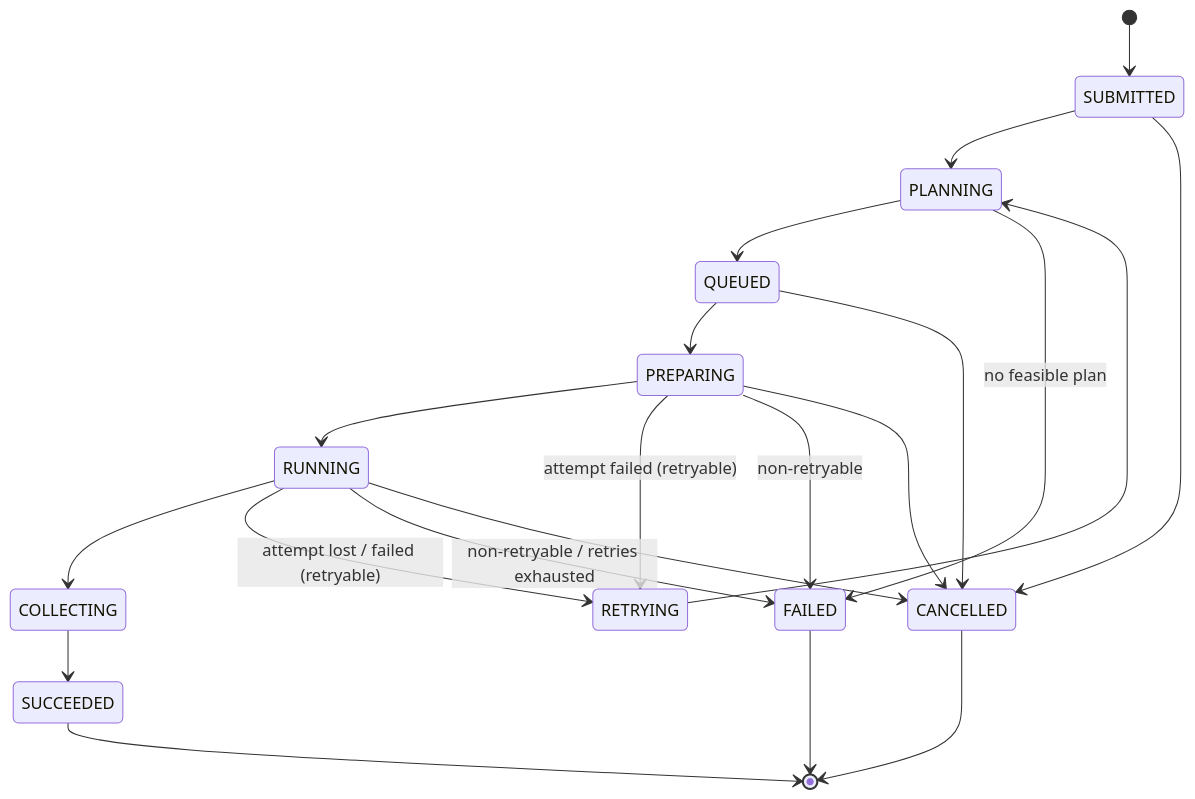
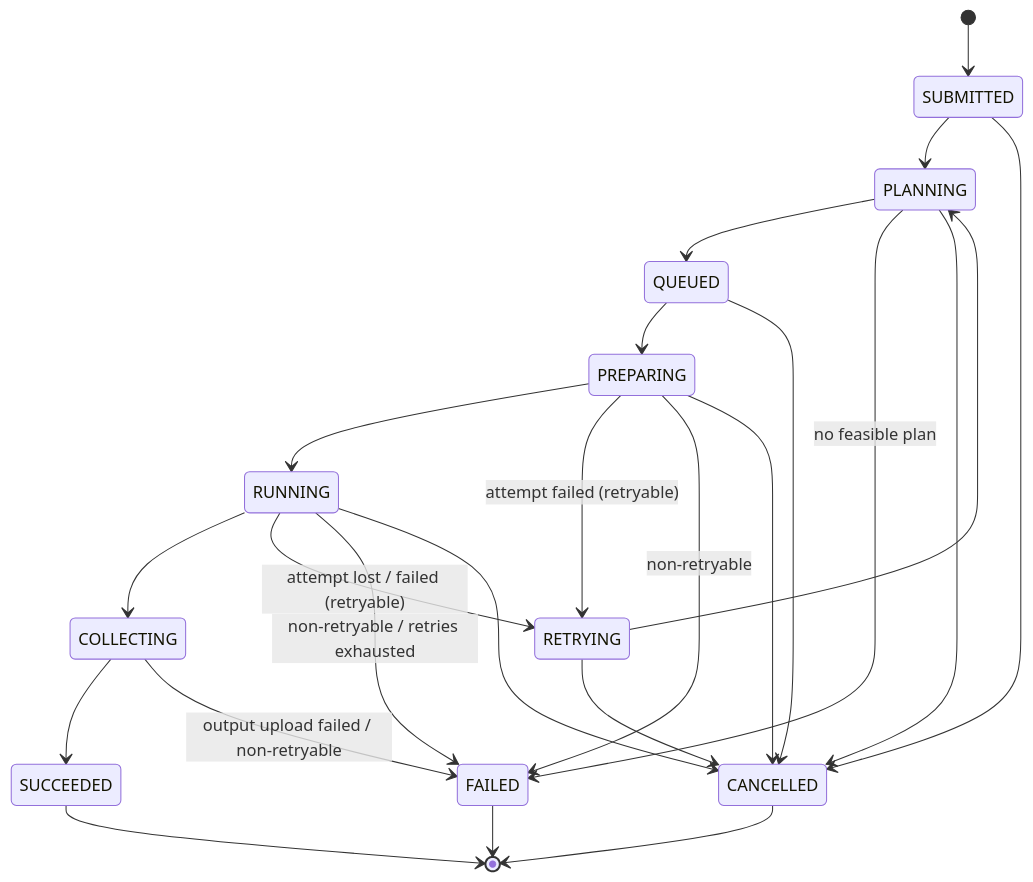
Diagram 11 of 17 in docs/ARCHITECTURE.md (tony19053000/finalyear), drawn with Mermaid before and after one commit. The commit also changed other lines of this file and 1 other file, not shown here.

Commit message:
docs(V0.4): D55-D60 after G1-G3 handoffs; ARCHITECTURE §12.1 cancel/collect arrows

````diff
--- a/docs/ARCHITECTURE.md
+++ b/docs/ARCHITECTURE.md
@@ -431,23 +431,26 @@
 ```mermaid
 stateDiagram-v2
     [*] --> SUBMITTED
     SUBMITTED --> PLANNING
     PLANNING --> QUEUED
     PLANNING --> FAILED: no feasible plan
     QUEUED --> PREPARING
     PREPARING --> RUNNING
     RUNNING --> COLLECTING
     COLLECTING --> SUCCEEDED
+    COLLECTING --> FAILED: output upload failed / non-retryable
     PREPARING --> RETRYING: attempt failed (retryable)
     RUNNING --> RETRYING: attempt lost / failed (retryable)
     RETRYING --> PLANNING
+    PLANNING --> CANCELLED
+    RETRYING --> CANCELLED
     PREPARING --> FAILED: non-retryable
     RUNNING --> FAILED: non-retryable / retries exhausted
     SUBMITTED --> CANCELLED
     QUEUED --> CANCELLED
     PREPARING --> CANCELLED
     RUNNING --> CANCELLED
     SUCCEEDED --> [*]
     FAILED --> [*]
     CANCELLED --> [*]
 ```
````
